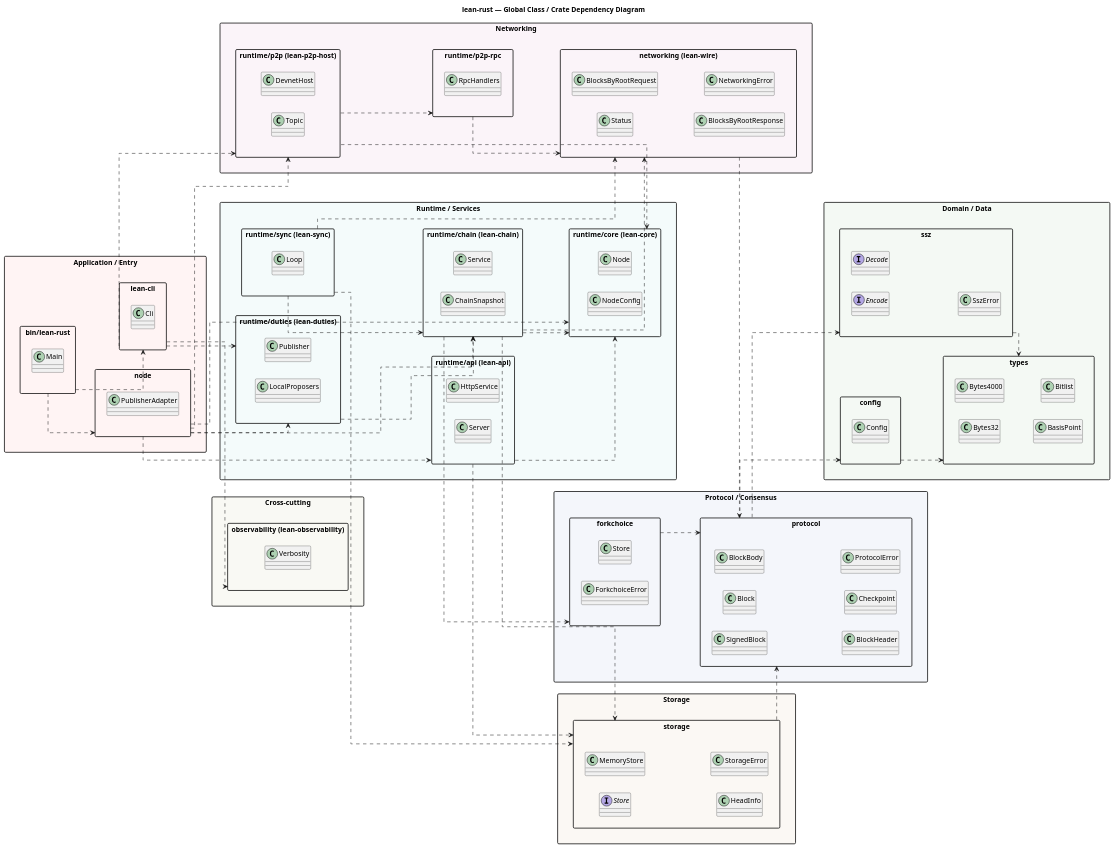
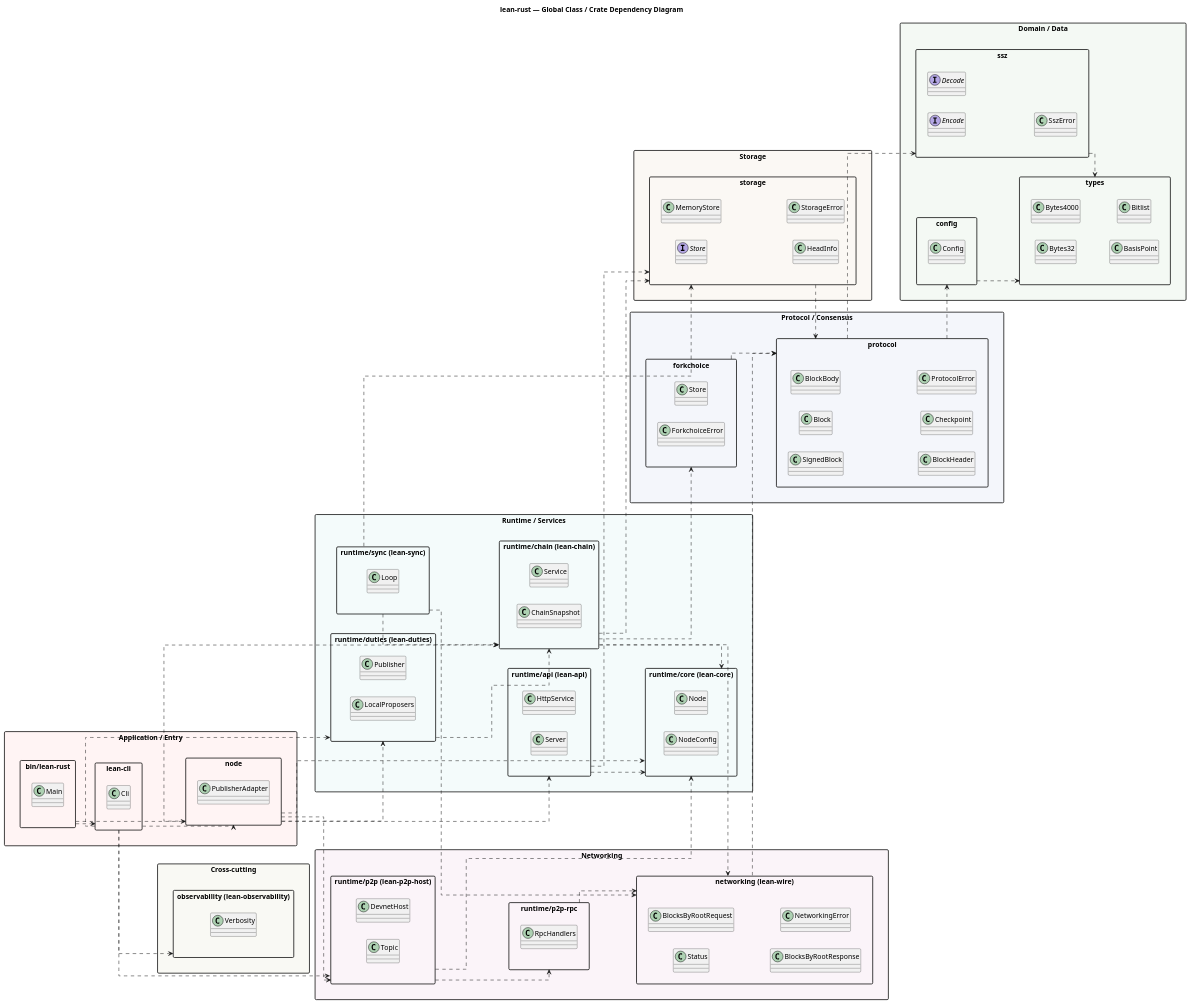
One commit to cyberbono3/lean-rust changed the diagram in docs/architecture/diagrams/global-class.puml. Above: the diagram before and after it, drawn with PlantUML. The commit also changed 24 other files, not shown here.

First line of the commit message:
refactor(lean-rust,lean-cli): reduce main.rs to main + run (#236)

```diff
--- a/docs/architecture/diagrams/global-class.puml
+++ b/docs/architecture/diagrams/global-class.puml
@@ -1,150 +1,151 @@
 @startuml global-class
 title lean-rust — Global Class / Crate Dependency Diagram
 
 skinparam packageStyle rectangle
 skinparam linetype ortho
 skinparam shadowing false
 left to right direction
 
 ' ---- Layer: Domain / Data ----
 package "Domain / Data" #F4F9F4 {
   package "types" {
     class Bytes32
     class Bytes4000
     class BasisPoint
     class Bitlist
   }
   package "ssz" {
     interface Encode
     interface Decode
     class SszError
   }
   package "config" {
     class Config
   }
 }
 
 ' ---- Layer: Protocol / Consensus ----
 package "Protocol / Consensus" #F4F6FB {
   package "protocol" {
     class SignedBlock
     class Block
     class BlockBody
     class BlockHeader
     class Checkpoint
     class ProtocolError
   }
   package "forkchoice" {
     class "Store" as FcStore
     class ForkchoiceError
   }
 }
 
 ' ---- Layer: Storage ----
 package "Storage" #FBF8F4 {
   package "storage" {
     interface "Store" as StorageStore
     class MemoryStore
     class HeadInfo
     class StorageError
   }
 }
 
 ' ---- Layer: Networking ----
 package "Networking" #FBF4F9 {
   package "networking (lean-wire)" {
     class Status
     class BlocksByRootRequest
     class BlocksByRootResponse
     class NetworkingError
   }
   package "runtime/p2p (lean-p2p-host)" {
     class DevnetHost
     class Topic
   }
   package "runtime/p2p-rpc" {
     class RpcHandlers
   }
 }
 
 ' ---- Layer: Runtime / Services ----
 package "Runtime / Services" #F4FBFB {
   package "runtime/core (lean-core)" {
     class Node
     class NodeConfig
   }
   package "runtime/chain (lean-chain)" {
     class "Service" as ChainService
     class ChainSnapshot
   }
   package "runtime/sync (lean-sync)" {
     class "Loop" as SyncLoop
   }
   package "runtime/duties (lean-duties)" {
     class Publisher
     class LocalProposers
   }
   package "runtime/api (lean-api)" {
     class HttpService
     class Server
   }
 }
 
 ' ---- Cross-cutting ----
 package "Cross-cutting" #F9F9F4 {
   package "observability (lean-observability)" {
     class Verbosity
   }
 }
 
 ' ---- Layer: Application / Entry ----
 package "Application / Entry" #FFF4F4 {
   package "node" {
     class PublisherAdapter
   }
   package "lean-cli" {
     class Cli
   }
   package "bin/lean-rust" {
     class Main
   }
 }
 
 ' ==== Direct cross-crate dependencies (transitive edges omitted) ====
 config ..> types
 ssz ..> types
 protocol ..> ssz
 protocol ..> config
 forkchoice ..> protocol
 storage ..> protocol
 "networking (lean-wire)" ..> protocol
 
 "runtime/chain (lean-chain)" ..> "runtime/core (lean-core)"
 "runtime/chain (lean-chain)" ..> storage
 "runtime/chain (lean-chain)" ..> forkchoice
 "runtime/chain (lean-chain)" ..> "networking (lean-wire)"
 
 "runtime/duties (lean-duties)" ..> "runtime/chain (lean-chain)"
 "runtime/sync (lean-sync)" ..> "runtime/chain (lean-chain)"
 "runtime/sync (lean-sync)" ..> storage
 "runtime/sync (lean-sync)" ..> "networking (lean-wire)"
 
 "runtime/p2p-rpc" ..> "networking (lean-wire)"
 "runtime/p2p (lean-p2p-host)" ..> "runtime/p2p-rpc"
 "runtime/p2p (lean-p2p-host)" ..> "runtime/core (lean-core)"
 "runtime/api (lean-api)" ..> "runtime/core (lean-core)"
 "runtime/api (lean-api)" ..> storage
 
 node ..> "runtime/chain (lean-chain)"
 node ..> "runtime/duties (lean-duties)"
 node ..> "runtime/p2p (lean-p2p-host)"
 node ..> "runtime/api (lean-api)"
 node ..> "runtime/core (lean-core)"
 
 "lean-cli" ..> "runtime/duties (lean-duties)"
 "lean-cli" ..> "runtime/p2p (lean-p2p-host)"
 "lean-cli" ..> "observability (lean-observability)"
+"lean-cli" ..> node
 "bin/lean-rust" ..> "lean-cli"
 "bin/lean-rust" ..> node
 
 @enduml
```
